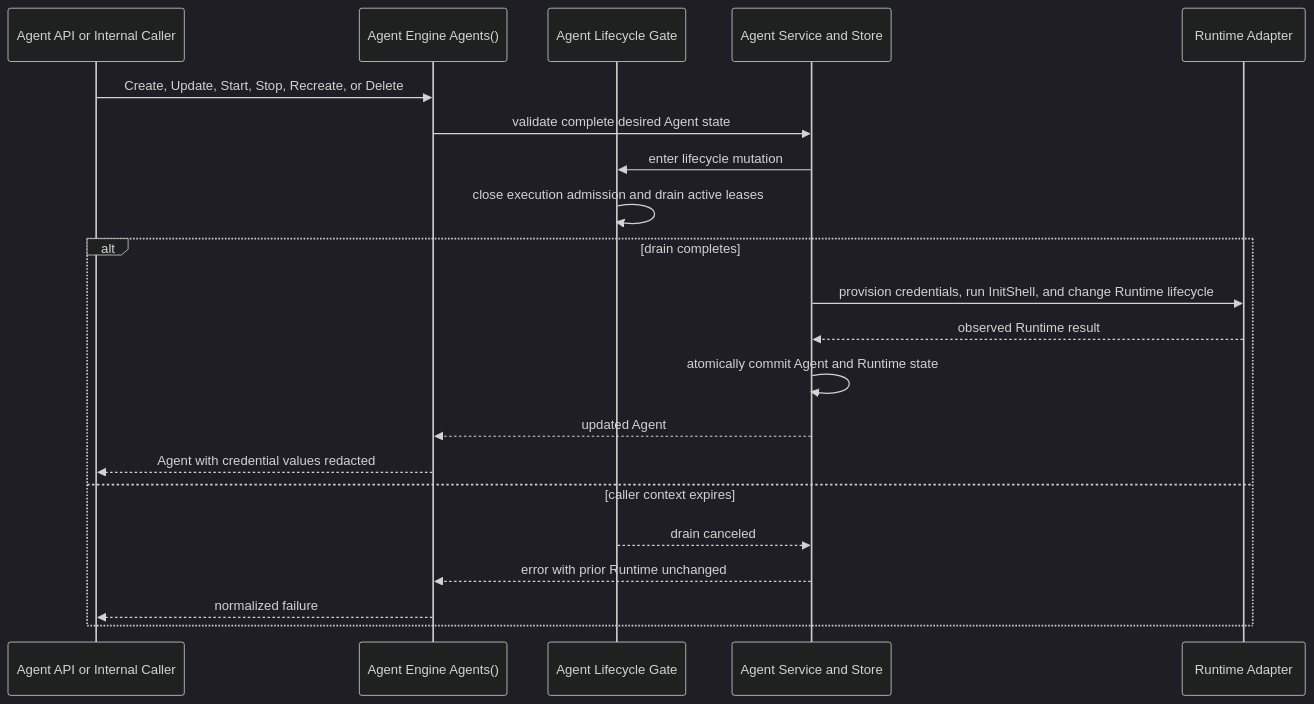
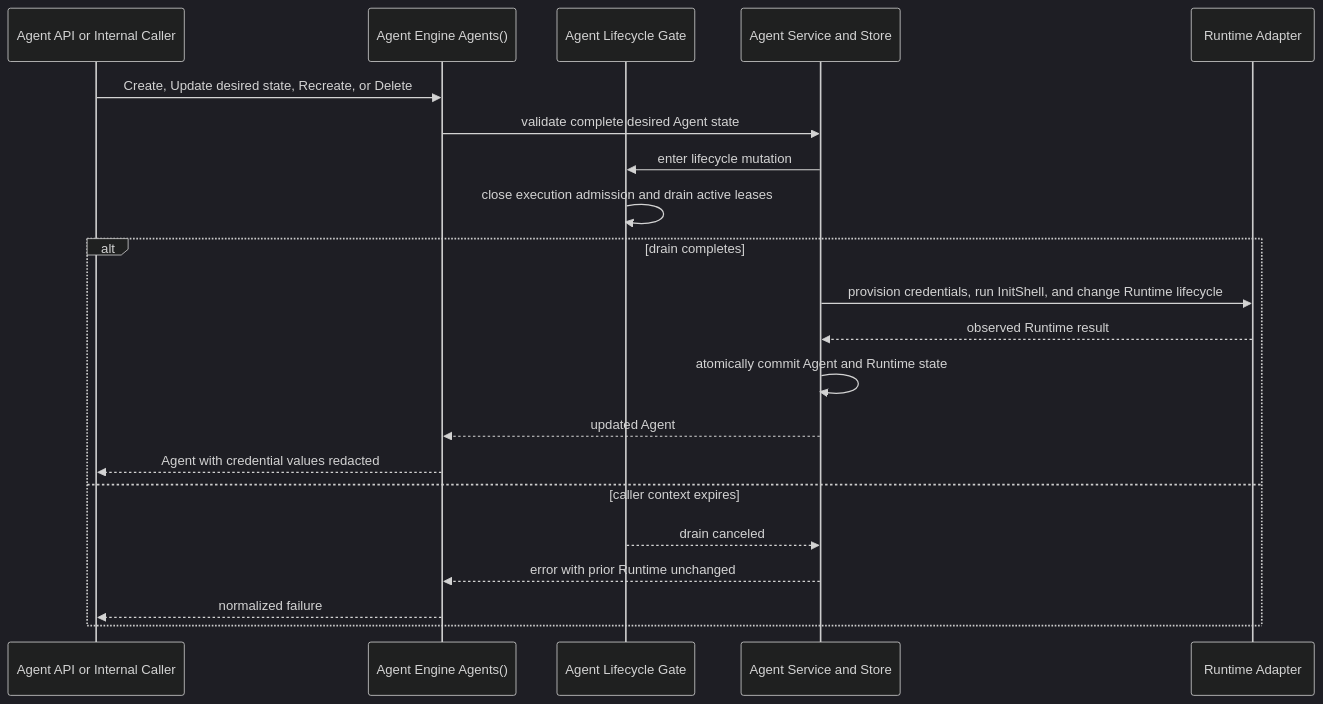
Before and after one commit to GatewayJ/csgclaw: the second of 3 diagrams in docs/tech/agent-engine-decoupling.md, drawn with Mermaid (dark theme). The commit also changed other lines of this file and 48 other files, not shown here.

````diff
--- a/docs/tech/agent-engine-decoupling.md
+++ b/docs/tech/agent-engine-decoupling.md
@@ -144,24 +144,24 @@
 ```mermaid
 sequenceDiagram
     participant Caller as Agent API or Internal Caller
     participant Engine as Agent Engine Agents()
     participant Gate as Agent Lifecycle Gate
     participant Service as Agent Service and Store
     participant Runtime as Runtime Adapter
 
-    Caller->>Engine: Create, Update, Start, Stop, Recreate, or Delete
+    Caller->>Engine: Create, Update desired state, Recreate, or Delete
     Engine->>Service: validate complete desired Agent state
     Service->>Gate: enter lifecycle mutation
     Gate->>Gate: close execution admission and drain active leases
     alt drain completes
         Service->>Runtime: provision credentials, run InitShell, and change Runtime lifecycle
         Runtime-->>Service: observed Runtime result
         Service->>Service: atomically commit Agent and Runtime state
         Service-->>Engine: updated Agent
         Engine-->>Caller: Agent with credential values redacted
     else caller context expires
         Gate-->>Service: drain canceled
         Service-->>Engine: error with prior Runtime unchanged
         Engine-->>Caller: normalized failure
     end
 ```
````
